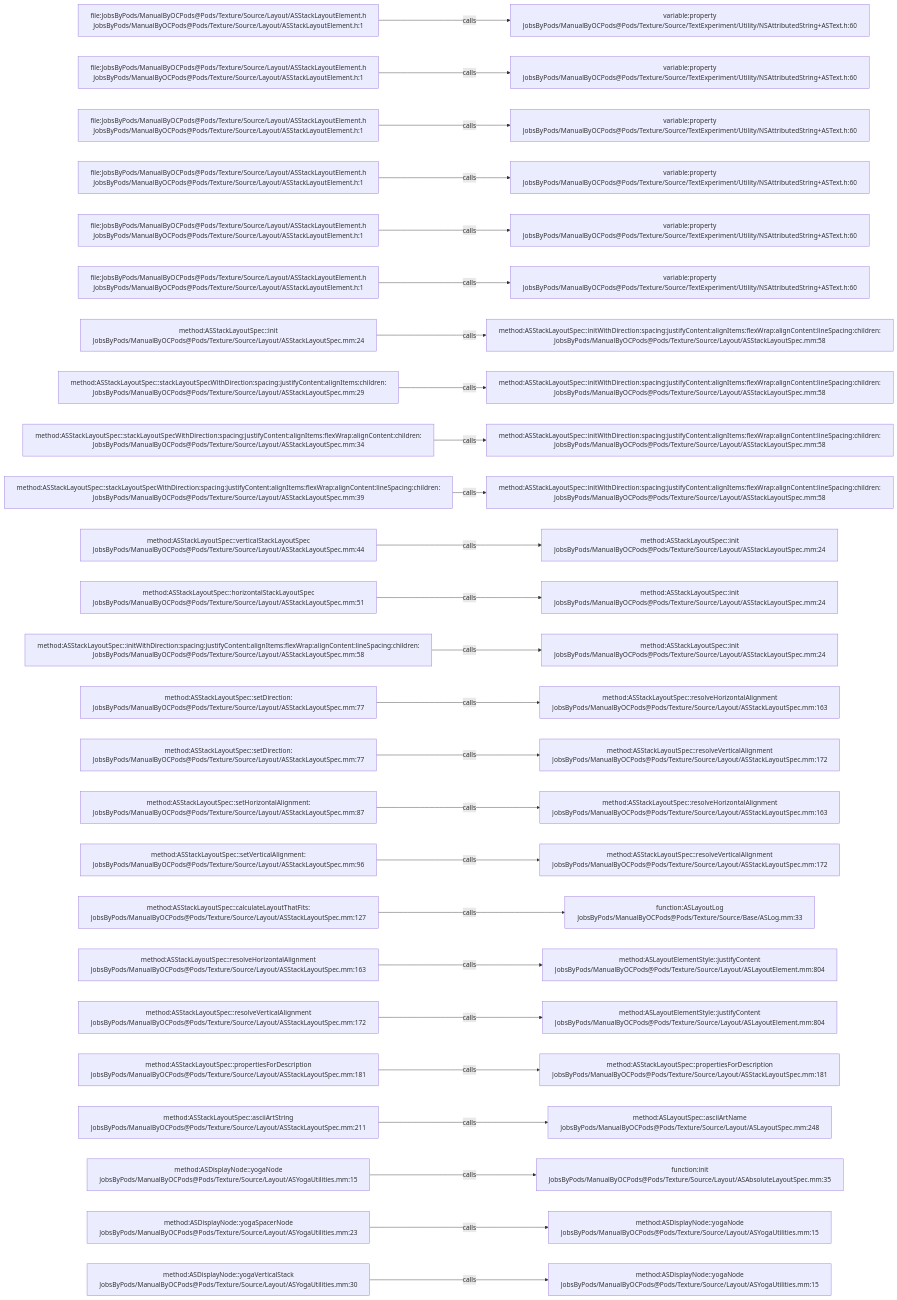
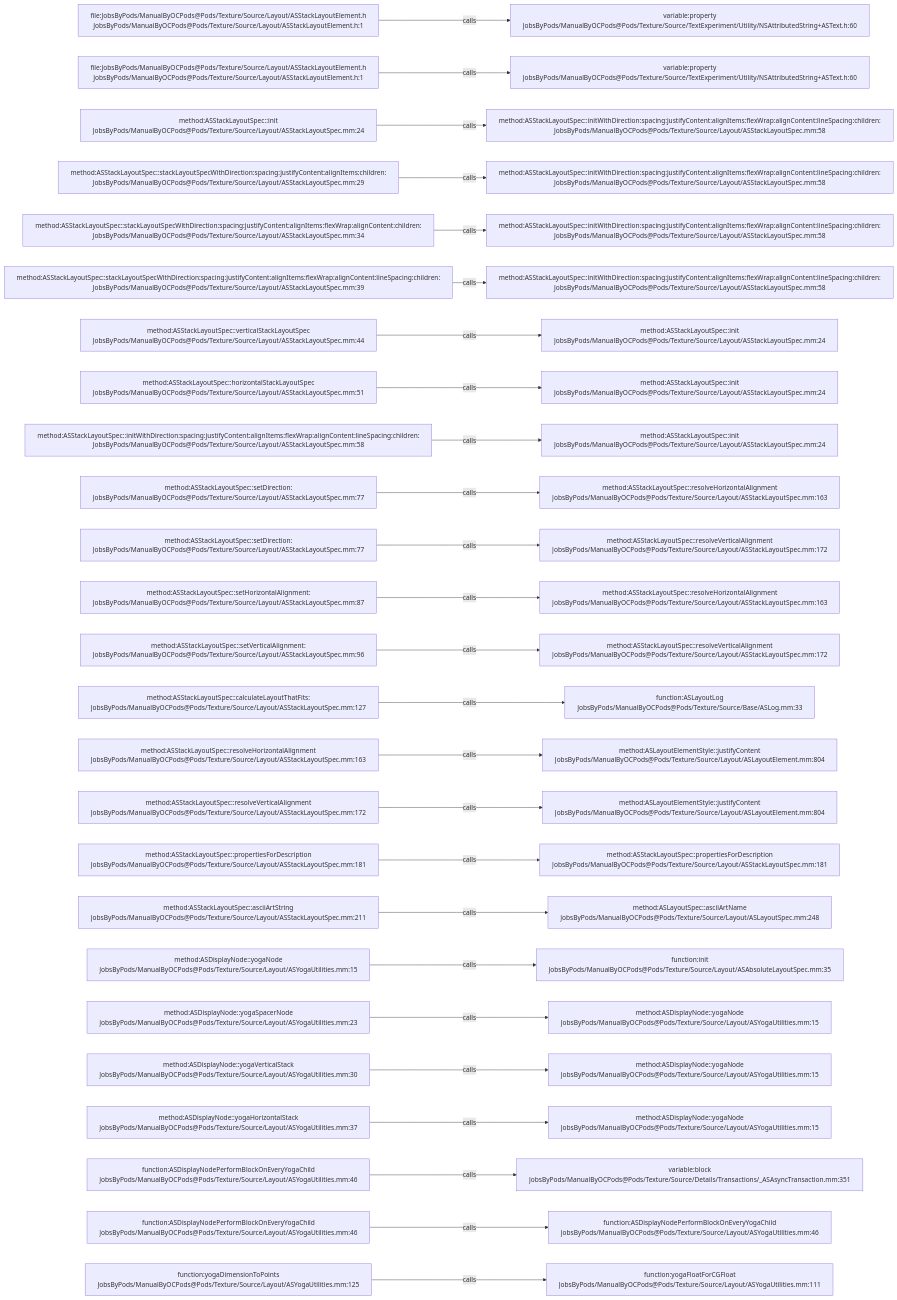
One commit to JobsKits/JobsOCBaseConfigDemo changed the diagram in .codegraph/codegraph.md/graphs/calls-181.md. Above: the diagram before and after it, drawn with Mermaid. The commit also changed 727 other files, not shown here.

````diff
--- a/.codegraph/codegraph.md/graphs/calls-181.md
+++ b/.codegraph/codegraph.md/graphs/calls-181.md
@@ -13,78 +13,78 @@
 ```mermaid
 flowchart LR
   S1["file:JobsByPods/ManualByOCPods@Pods/Texture/Source/Layout/ASStackLayoutElement.h<br/>JobsByPods/ManualByOCPods@Pods/Texture/Source/Layout/ASStackLayoutElement.h:1"]
   T1["variable:property<br/>JobsByPods/ManualByOCPods@Pods/Texture/Source/TextExperiment/Utility/NSAttributedString+ASText.h:60"]
   S1 -->|calls| T1
   S2["file:JobsByPods/ManualByOCPods@Pods/Texture/Source/Layout/ASStackLayoutElement.h<br/>JobsByPods/ManualByOCPods@Pods/Texture/Source/Layout/ASStackLayoutElement.h:1"]
   T2["variable:property<br/>JobsByPods/ManualByOCPods@Pods/Texture/Source/TextExperiment/Utility/NSAttributedString+ASText.h:60"]
   S2 -->|calls| T2
-  S3["file:JobsByPods/ManualByOCPods@Pods/Texture/Source/Layout/ASStackLayoutElement.h<br/>JobsByPods/ManualByOCPods@Pods/Texture/Source/Layout/ASStackLayoutElement.h:1"]
-  T3["variable:property<br/>JobsByPods/ManualByOCPods@Pods/Texture/Source/TextExperiment/Utility/NSAttributedString+ASText.h:60"]
+  S3["method:ASStackLayoutSpec::init<br/>JobsByPods/ManualByOCPods@Pods/Texture/Source/Layout/ASStackLayoutSpec.mm:24"]
+  T3["method:ASStackLayoutSpec::initWithDirection:spacing:justifyContent:alignItems:flexWrap:alignContent:lineSpacing:children:<br/>JobsByPods/ManualByOCPods@Pods/Texture/Source/Layout/ASStackLayoutSpec.mm:58"]
   S3 -->|calls| T3
-  S4["file:JobsByPods/ManualByOCPods@Pods/Texture/Source/Layout/ASStackLayoutElement.h<br/>JobsByPods/ManualByOCPods@Pods/Texture/Source/Layout/ASStackLayoutElement.h:1"]
-  T4["variable:property<br/>JobsByPods/ManualByOCPods@Pods/Texture/Source/TextExperiment/Utility/NSAttributedString+ASText.h:60"]
+  S4["method:ASStackLayoutSpec::stackLayoutSpecWithDirection:spacing:justifyContent:alignItems:children:<br/>JobsByPods/ManualByOCPods@Pods/Texture/Source/Layout/ASStackLayoutSpec.mm:29"]
+  T4["method:ASStackLayoutSpec::initWithDirection:spacing:justifyContent:alignItems:flexWrap:alignContent:lineSpacing:children:<br/>JobsByPods/ManualByOCPods@Pods/Texture/Source/Layout/ASStackLayoutSpec.mm:58"]
   S4 -->|calls| T4
-  S5["file:JobsByPods/ManualByOCPods@Pods/Texture/Source/Layout/ASStackLayoutElement.h<br/>JobsByPods/ManualByOCPods@Pods/Texture/Source/Layout/ASStackLayoutElement.h:1"]
-  T5["variable:property<br/>JobsByPods/ManualByOCPods@Pods/Texture/Source/TextExperiment/Utility/NSAttributedString+ASText.h:60"]
+  S5["method:ASStackLayoutSpec::stackLayoutSpecWithDirection:spacing:justifyContent:alignItems:flexWrap:alignContent:children:<br/>JobsByPods/ManualByOCPods@Pods/Texture/Source/Layout/ASStackLayoutSpec.mm:34"]
+  T5["method:ASStackLayoutSpec::initWithDirection:spacing:justifyContent:alignItems:flexWrap:alignContent:lineSpacing:children:<br/>JobsByPods/ManualByOCPods@Pods/Texture/Source/Layout/ASStackLayoutSpec.mm:58"]
   S5 -->|calls| T5
-  S6["file:JobsByPods/ManualByOCPods@Pods/Texture/Source/Layout/ASStackLayoutElement.h<br/>JobsByPods/ManualByOCPods@Pods/Texture/Source/Layout/ASStackLayoutElement.h:1"]
-  T6["variable:property<br/>JobsByPods/ManualByOCPods@Pods/Texture/Source/TextExperiment/Utility/NSAttributedString+ASText.h:60"]
+  S6["method:ASStackLayoutSpec::stackLayoutSpecWithDirection:spacing:justifyContent:alignItems:flexWrap:alignContent:lineSpacing:children:<br/>JobsByPods/ManualByOCPods@Pods/Texture/Source/Layout/ASStackLayoutSpec.mm:39"]
+  T6["method:ASStackLayoutSpec::initWithDirection:spacing:justifyContent:alignItems:flexWrap:alignContent:lineSpacing:children:<br/>JobsByPods/ManualByOCPods@Pods/Texture/Source/Layout/ASStackLayoutSpec.mm:58"]
   S6 -->|calls| T6
-  S7["method:ASStackLayoutSpec::init<br/>JobsByPods/ManualByOCPods@Pods/Texture/Source/Layout/ASStackLayoutSpec.mm:24"]
-  T7["method:ASStackLayoutSpec::initWithDirection:spacing:justifyContent:alignItems:flexWrap:alignContent:lineSpacing:children:<br/>JobsByPods/ManualByOCPods@Pods/Texture/Source/Layout/ASStackLayoutSpec.mm:58"]
+  S7["method:ASStackLayoutSpec::verticalStackLayoutSpec<br/>JobsByPods/ManualByOCPods@Pods/Texture/Source/Layout/ASStackLayoutSpec.mm:44"]
+  T7["method:ASStackLayoutSpec::init<br/>JobsByPods/ManualByOCPods@Pods/Texture/Source/Layout/ASStackLayoutSpec.mm:24"]
   S7 -->|calls| T7
-  S8["method:ASStackLayoutSpec::stackLayoutSpecWithDirection:spacing:justifyContent:alignItems:children:<br/>JobsByPods/ManualByOCPods@Pods/Texture/Source/Layout/ASStackLayoutSpec.mm:29"]
-  T8["method:ASStackLayoutSpec::initWithDirection:spacing:justifyContent:alignItems:flexWrap:alignContent:lineSpacing:children:<br/>JobsByPods/ManualByOCPods@Pods/Texture/Source/Layout/ASStackLayoutSpec.mm:58"]
+  S8["method:ASStackLayoutSpec::horizontalStackLayoutSpec<br/>JobsByPods/ManualByOCPods@Pods/Texture/Source/Layout/ASStackLayoutSpec.mm:51"]
+  T8["method:ASStackLayoutSpec::init<br/>JobsByPods/ManualByOCPods@Pods/Texture/Source/Layout/ASStackLayoutSpec.mm:24"]
   S8 -->|calls| T8
-  S9["method:ASStackLayoutSpec::stackLayoutSpecWithDirection:spacing:justifyContent:alignItems:flexWrap:alignContent:children:<br/>JobsByPods/ManualByOCPods@Pods/Texture/Source/Layout/ASStackLayoutSpec.mm:34"]
-  T9["method:ASStackLayoutSpec::initWithDirection:spacing:justifyContent:alignItems:flexWrap:alignContent:lineSpacing:children:<br/>JobsByPods/ManualByOCPods@Pods/Texture/Source/Layout/ASStackLayoutSpec.mm:58"]
+  S9["method:ASStackLayoutSpec::initWithDirection:spacing:justifyContent:alignItems:flexWrap:alignContent:lineSpacing:children:<br/>JobsByPods/ManualByOCPods@Pods/Texture/Source/Layout/ASStackLayoutSpec.mm:58"]
+  T9["method:ASStackLayoutSpec::init<br/>JobsByPods/ManualByOCPods@Pods/Texture/Source/Layout/ASStackLayoutSpec.mm:24"]
   S9 -->|calls| T9
-  S10["method:ASStackLayoutSpec::stackLayoutSpecWithDirection:spacing:justifyContent:alignItems:flexWrap:alignContent:lineSpacing:children:<br/>JobsByPods/ManualByOCPods@Pods/Texture/Source/Layout/ASStackLayoutSpec.mm:39"]
-  T10["method:ASStackLayoutSpec::initWithDirection:spacing:justifyContent:alignItems:flexWrap:alignContent:lineSpacing:children:<br/>JobsByPods/ManualByOCPods@Pods/Texture/Source/Layout/ASStackLayoutSpec.mm:58"]
+  S10["method:ASStackLayoutSpec::setDirection:<br/>JobsByPods/ManualByOCPods@Pods/Texture/Source/Layout/ASStackLayoutSpec.mm:77"]
+  T10["method:ASStackLayoutSpec::resolveHorizontalAlignment<br/>JobsByPods/ManualByOCPods@Pods/Texture/Source/Layout/ASStackLayoutSpec.mm:163"]
   S10 -->|calls| T10
-  S11["method:ASStackLayoutSpec::verticalStackLayoutSpec<br/>JobsByPods/ManualByOCPods@Pods/Texture/Source/Layout/ASStackLayoutSpec.mm:44"]
-  T11["method:ASStackLayoutSpec::init<br/>JobsByPods/ManualByOCPods@Pods/Texture/Source/Layout/ASStackLayoutSpec.mm:24"]
+  S11["method:ASStackLayoutSpec::setDirection:<br/>JobsByPods/ManualByOCPods@Pods/Texture/Source/Layout/ASStackLayoutSpec.mm:77"]
+  T11["method:ASStackLayoutSpec::resolveVerticalAlignment<br/>JobsByPods/ManualByOCPods@Pods/Texture/Source/Layout/ASStackLayoutSpec.mm:172"]
   S11 -->|calls| T11
-  S12["method:ASStackLayoutSpec::horizontalStackLayoutSpec<br/>JobsByPods/ManualByOCPods@Pods/Texture/Source/Layout/ASStackLayoutSpec.mm:51"]
-  T12["method:ASStackLayoutSpec::init<br/>JobsByPods/ManualByOCPods@Pods/Texture/Source/Layout/ASStackLayoutSpec.mm:24"]
+  S12["method:ASStackLayoutSpec::setHorizontalAlignment:<br/>JobsByPods/ManualByOCPods@Pods/Texture/Source/Layout/ASStackLayoutSpec.mm:87"]
+  T12["method:ASStackLayoutSpec::resolveHorizontalAlignment<br/>JobsByPods/ManualByOCPods@Pods/Texture/Source/Layout/ASStackLayoutSpec.mm:163"]
   S12 -->|calls| T12
-  S13["method:ASStackLayoutSpec::initWithDirection:spacing:justifyContent:alignItems:flexWrap:alignContent:lineSpacing:children:<br/>JobsByPods/ManualByOCPods@Pods/Texture/Source/Layout/ASStackLayoutSpec.mm:58"]
-  T13["method:ASStackLayoutSpec::init<br/>JobsByPods/ManualByOCPods@Pods/Texture/Source/Layout/ASStackLayoutSpec.mm:24"]
+  S13["method:ASStackLayoutSpec::setVerticalAlignment:<br/>JobsByPods/ManualByOCPods@Pods/Texture/Source/Layout/ASStackLayoutSpec.mm:96"]
+  T13["method:ASStackLayoutSpec::resolveVerticalAlignment<br/>JobsByPods/ManualByOCPods@Pods/Texture/Source/Layout/ASStackLayoutSpec.mm:172"]
   S13 -->|calls| T13
-  S14["method:ASStackLayoutSpec::setDirection:<br/>JobsByPods/ManualByOCPods@Pods/Texture/Source/Layout/ASStackLayoutSpec.mm:77"]
-  T14["method:ASStackLayoutSpec::resolveHorizontalAlignment<br/>JobsByPods/ManualByOCPods@Pods/Texture/Source/Layout/ASStackLayoutSpec.mm:163"]
+  S14["method:ASStackLayoutSpec::calculateLayoutThatFits:<br/>JobsByPods/ManualByOCPods@Pods/Texture/Source/Layout/ASStackLayoutSpec.mm:127"]
+  T14["function:ASLayoutLog<br/>JobsByPods/ManualByOCPods@Pods/Texture/Source/Base/ASLog.mm:33"]
   S14 -->|calls| T14
-  S15["method:ASStackLayoutSpec::setDirection:<br/>JobsByPods/ManualByOCPods@Pods/Texture/Source/Layout/ASStackLayoutSpec.mm:77"]
-  T15["method:ASStackLayoutSpec::resolveVerticalAlignment<br/>JobsByPods/ManualByOCPods@Pods/Texture/Source/Layout/ASStackLayoutSpec.mm:172"]
+  S15["method:ASStackLayoutSpec::resolveHorizontalAlignment<br/>JobsByPods/ManualByOCPods@Pods/Texture/Source/Layout/ASStackLayoutSpec.mm:163"]
+  T15["method:ASLayoutElementStyle::justifyContent<br/>JobsByPods/ManualByOCPods@Pods/Texture/Source/Layout/ASLayoutElement.mm:804"]
   S15 -->|calls| T15
-  S16["method:ASStackLayoutSpec::setHorizontalAlignment:<br/>JobsByPods/ManualByOCPods@Pods/Texture/Source/Layout/ASStackLayoutSpec.mm:87"]
-  T16["method:ASStackLayoutSpec::resolveHorizontalAlignment<br/>JobsByPods/ManualByOCPods@Pods/Texture/Source/Layout/ASStackLayoutSpec.mm:163"]
+  S16["method:ASStackLayoutSpec::resolveVerticalAlignment<br/>JobsByPods/ManualByOCPods@Pods/Texture/Source/Layout/ASStackLayoutSpec.mm:172"]
+  T16["method:ASLayoutElementStyle::justifyContent<br/>JobsByPods/ManualByOCPods@Pods/Texture/Source/Layout/ASLayoutElement.mm:804"]
   S16 -->|calls| T16
-  S17["method:ASStackLayoutSpec::setVerticalAlignment:<br/>JobsByPods/ManualByOCPods@Pods/Texture/Source/Layout/ASStackLayoutSpec.mm:96"]
-  T17["method:ASStackLayoutSpec::resolveVerticalAlignment<br/>JobsByPods/ManualByOCPods@Pods/Texture/Source/Layout/ASStackLayoutSpec.mm:172"]
+  S17["method:ASStackLayoutSpec::propertiesForDescription<br/>JobsByPods/ManualByOCPods@Pods/Texture/Source/Layout/ASStackLayoutSpec.mm:181"]
+  T17["method:ASStackLayoutSpec::propertiesForDescription<br/>JobsByPods/ManualByOCPods@Pods/Texture/Source/Layout/ASStackLayoutSpec.mm:181"]
   S17 -->|calls| T17
-  S18["method:ASStackLayoutSpec::calculateLayoutThatFits:<br/>JobsByPods/ManualByOCPods@Pods/Texture/Source/Layout/ASStackLayoutSpec.mm:127"]
-  T18["function:ASLayoutLog<br/>JobsByPods/ManualByOCPods@Pods/Texture/Source/Base/ASLog.mm:33"]
+  S18["method:ASStackLayoutSpec::asciiArtString<br/>JobsByPods/ManualByOCPods@Pods/Texture/Source/Layout/ASStackLayoutSpec.mm:211"]
+  T18["method:ASLayoutSpec::asciiArtName<br/>JobsByPods/ManualByOCPods@Pods/Texture/Source/Layout/ASLayoutSpec.mm:248"]
   S18 -->|calls| T18
-  S19["method:ASStackLayoutSpec::resolveHorizontalAlignment<br/>JobsByPods/ManualByOCPods@Pods/Texture/Source/Layout/ASStackLayoutSpec.mm:163"]
-  T19["method:ASLayoutElementStyle::justifyContent<br/>JobsByPods/ManualByOCPods@Pods/Texture/Source/Layout/ASLayoutElement.mm:804"]
+  S19["method:ASDisplayNode::yogaNode<br/>JobsByPods/ManualByOCPods@Pods/Texture/Source/Layout/ASYogaUtilities.mm:15"]
+  T19["function:init<br/>JobsByPods/ManualByOCPods@Pods/Texture/Source/Layout/ASAbsoluteLayoutSpec.mm:35"]
   S19 -->|calls| T19
-  S20["method:ASStackLayoutSpec::resolveVerticalAlignment<br/>JobsByPods/ManualByOCPods@Pods/Texture/Source/Layout/ASStackLayoutSpec.mm:172"]
-  T20["method:ASLayoutElementStyle::justifyContent<br/>JobsByPods/ManualByOCPods@Pods/Texture/Source/Layout/ASLayoutElement.mm:804"]
+  S20["method:ASDisplayNode::yogaSpacerNode<br/>JobsByPods/ManualByOCPods@Pods/Texture/Source/Layout/ASYogaUtilities.mm:23"]
+  T20["method:ASDisplayNode::yogaNode<br/>JobsByPods/ManualByOCPods@Pods/Texture/Source/Layout/ASYogaUtilities.mm:15"]
   S20 -->|calls| T20
-  S21["method:ASStackLayoutSpec::propertiesForDescription<br/>JobsByPods/ManualByOCPods@Pods/Texture/Source/Layout/ASStackLayoutSpec.mm:181"]
-  T21["method:ASStackLayoutSpec::propertiesForDescription<br/>JobsByPods/ManualByOCPods@Pods/Texture/Source/Layout/ASStackLayoutSpec.mm:181"]
+  S21["method:ASDisplayNode::yogaVerticalStack<br/>JobsByPods/ManualByOCPods@Pods/Texture/Source/Layout/ASYogaUtilities.mm:30"]
+  T21["method:ASDisplayNode::yogaNode<br/>JobsByPods/ManualByOCPods@Pods/Texture/Source/Layout/ASYogaUtilities.mm:15"]
   S21 -->|calls| T21
-  S22["method:ASStackLayoutSpec::asciiArtString<br/>JobsByPods/ManualByOCPods@Pods/Texture/Source/Layout/ASStackLayoutSpec.mm:211"]
-  T22["method:ASLayoutSpec::asciiArtName<br/>JobsByPods/ManualByOCPods@Pods/Texture/Source/Layout/ASLayoutSpec.mm:248"]
+  S22["method:ASDisplayNode::yogaHorizontalStack<br/>JobsByPods/ManualByOCPods@Pods/Texture/Source/Layout/ASYogaUtilities.mm:37"]
+  T22["method:ASDisplayNode::yogaNode<br/>JobsByPods/ManualByOCPods@Pods/Texture/Source/Layout/ASYogaUtilities.mm:15"]
   S22 -->|calls| T22
-  S23["method:ASDisplayNode::yogaNode<br/>JobsByPods/ManualByOCPods@Pods/Texture/Source/Layout/ASYogaUtilities.mm:15"]
-  T23["function:init<br/>JobsByPods/ManualByOCPods@Pods/Texture/Source/Layout/ASAbsoluteLayoutSpec.mm:35"]
+  S23["function:ASDisplayNodePerformBlockOnEveryYogaChild<br/>JobsByPods/ManualByOCPods@Pods/Texture/Source/Layout/ASYogaUtilities.mm:46"]
+  T23["variable:block<br/>JobsByPods/ManualByOCPods@Pods/Texture/Source/Details/Transactions/_ASAsyncTransaction.mm:351"]
   S23 -->|calls| T23
-  S24["method:ASDisplayNode::yogaSpacerNode<br/>JobsByPods/ManualByOCPods@Pods/Texture/Source/Layout/ASYogaUtilities.mm:23"]
-  T24["method:ASDisplayNode::yogaNode<br/>JobsByPods/ManualByOCPods@Pods/Texture/Source/Layout/ASYogaUtilities.mm:15"]
+  S24["function:ASDisplayNodePerformBlockOnEveryYogaChild<br/>JobsByPods/ManualByOCPods@Pods/Texture/Source/Layout/ASYogaUtilities.mm:46"]
+  T24["function:ASDisplayNodePerformBlockOnEveryYogaChild<br/>JobsByPods/ManualByOCPods@Pods/Texture/Source/Layout/ASYogaUtilities.mm:46"]
   S24 -->|calls| T24
-  S25["method:ASDisplayNode::yogaVerticalStack<br/>JobsByPods/ManualByOCPods@Pods/Texture/Source/Layout/ASYogaUtilities.mm:30"]
-  T25["method:ASDisplayNode::yogaNode<br/>JobsByPods/ManualByOCPods@Pods/Texture/Source/Layout/ASYogaUtilities.mm:15"]
+  S25["function:yogaDimensionToPoints<br/>JobsByPods/ManualByOCPods@Pods/Texture/Source/Layout/ASYogaUtilities.mm:125"]
+  T25["function:yogaFloatForCGFloat<br/>JobsByPods/ManualByOCPods@Pods/Texture/Source/Layout/ASYogaUtilities.mm:111"]
   S25 -->|calls| T25
 ```
````
